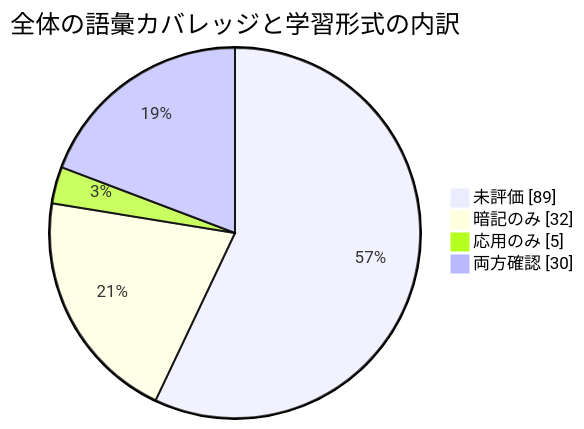
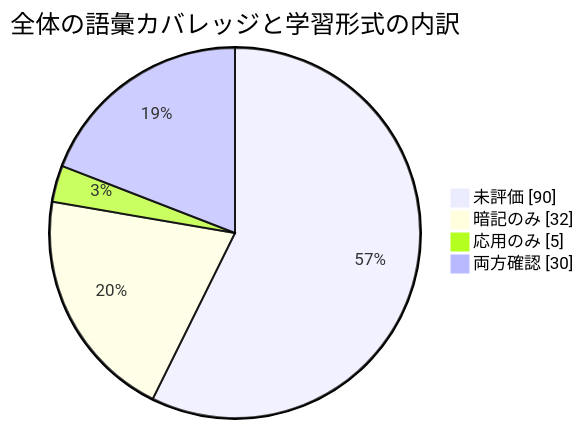
The diagram in 進捗/モチベ.md (ryusuke2003/security-specialist-study), drawn with Mermaid before and after one commit. The commit also changed other lines of this file and 13 other files, not shown here.

````diff
--- a/進捗/モチベ.md
+++ b/進捗/モチベ.md
@@ -5,8 +5,8 @@
 ```mermaid
 pie showData
     title 全体の語彙カバレッジと学習形式の内訳
-    "未評価" : 89
+    "未評価" : 90
     "暗記のみ" : 32
     "応用のみ" : 5
     "両方確認" : 30
 ```
````
